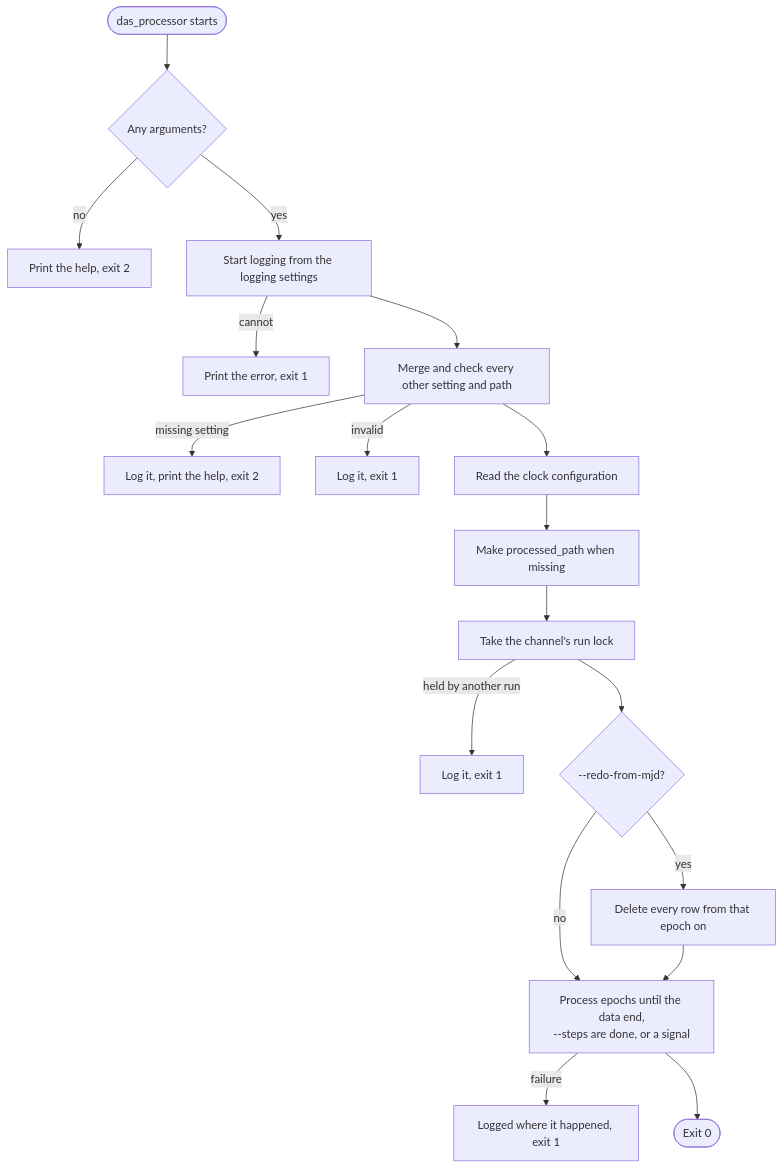
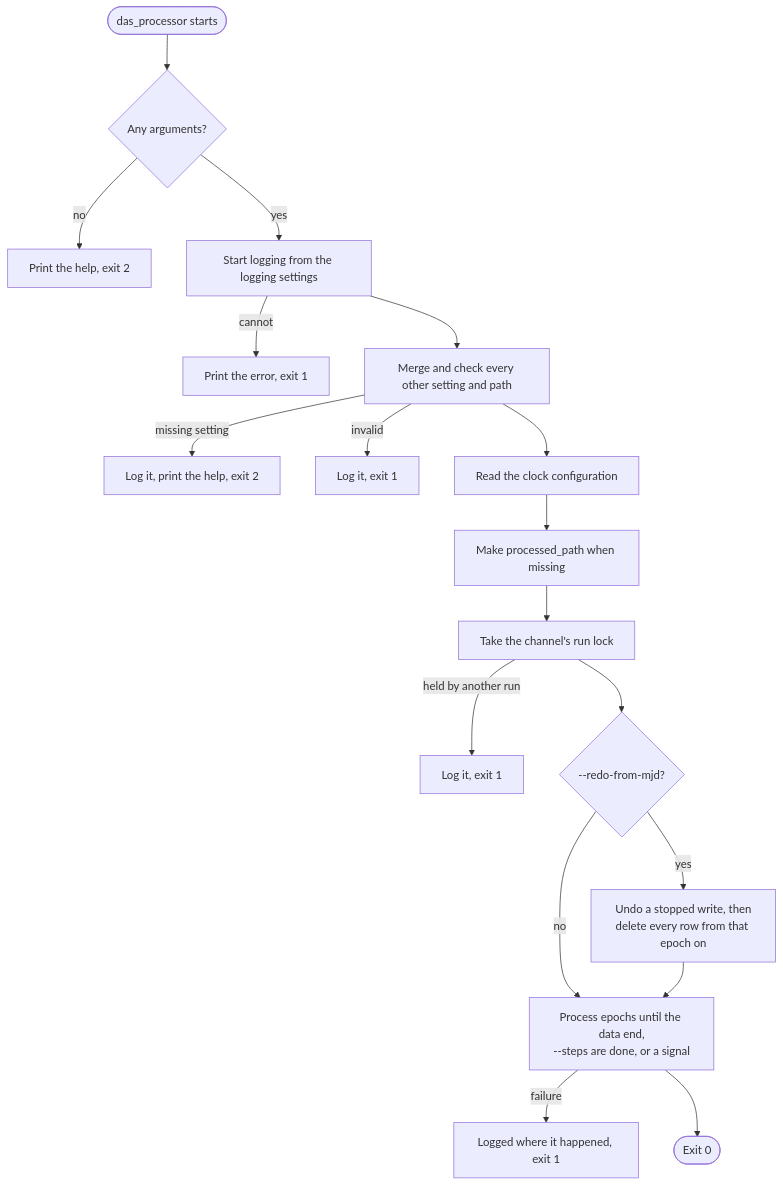
The fifth of 16 diagrams in docs/das_processor/design.md (osmeyer/masterclock), drawn with Mermaid before and after one commit. The commit also changed other lines of this file and 5 other files, not shown here.

First line of the commit message:
Undo a stopped write before a redo cuts the files

````diff
--- a/docs/das_processor/design.md
+++ b/docs/das_processor/design.md
@@ -921,20 +921,20 @@
 ```mermaid
 flowchart TD
     START([das_processor starts]) --> ARGS{Any arguments?}
     ARGS -- no --> HELP[Print the help, exit 2]
     ARGS -- yes --> LOG[Start logging from the logging settings]
     LOG -- cannot --> ERR1[Print the error, exit 1]
     LOG --> SET[Merge and check every other setting and path]
     SET -- missing setting --> HELP2[Log it, print the help, exit 2]
     SET -- invalid --> ERR2[Log it, exit 1]
     SET --> CC[Read the clock configuration]
     CC --> MK[Make processed_path when missing]
     MK --> LOCK[Take the channel's run lock]
     LOCK -- held by another run --> ERR3[Log it, exit 1]
     LOCK --> REDO{--redo-from-mjd?}
-    REDO -- yes --> CUT[Delete every row from that epoch on]
+    REDO -- yes --> CUT[Undo a stopped write, then<br/>delete every row from that epoch on]
     REDO -- no --> RUN
     CUT --> RUN[Process epochs until the data end,<br/>--steps are done, or a signal]
     RUN -- failure --> ERR4[Logged where it happened, exit 1]
     RUN --> DONE([Exit 0])
 ```
````
